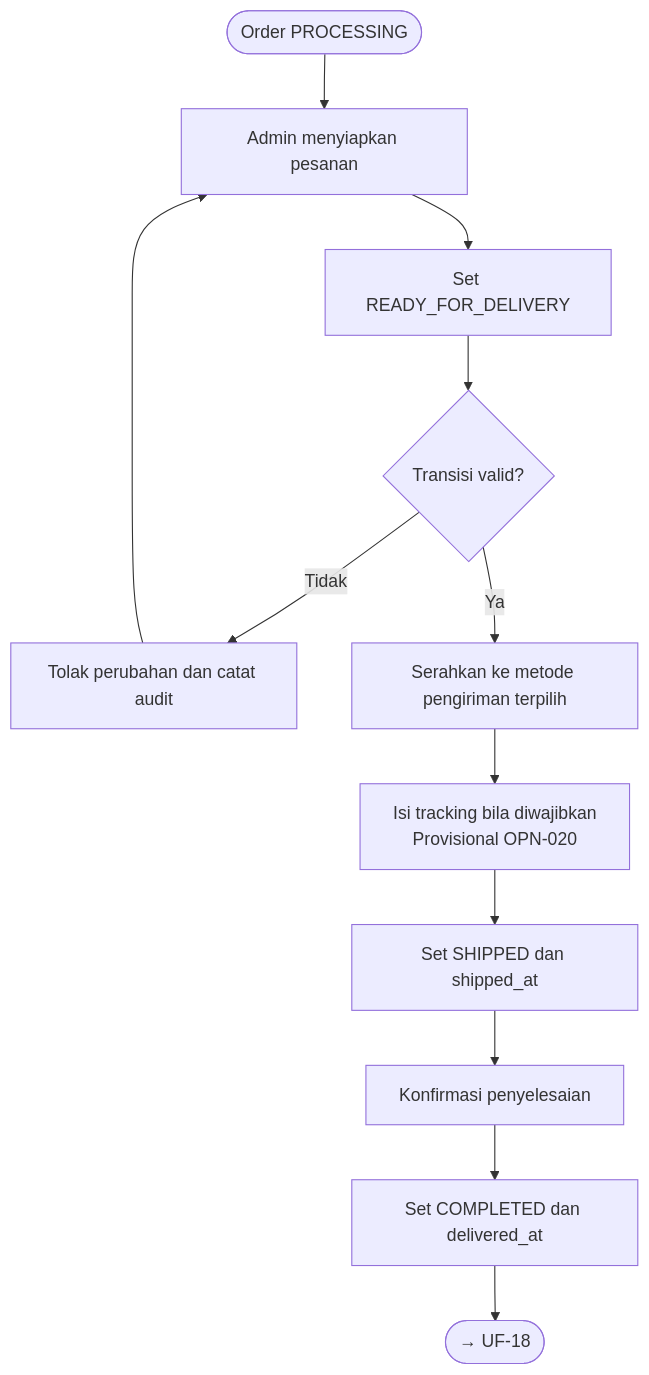
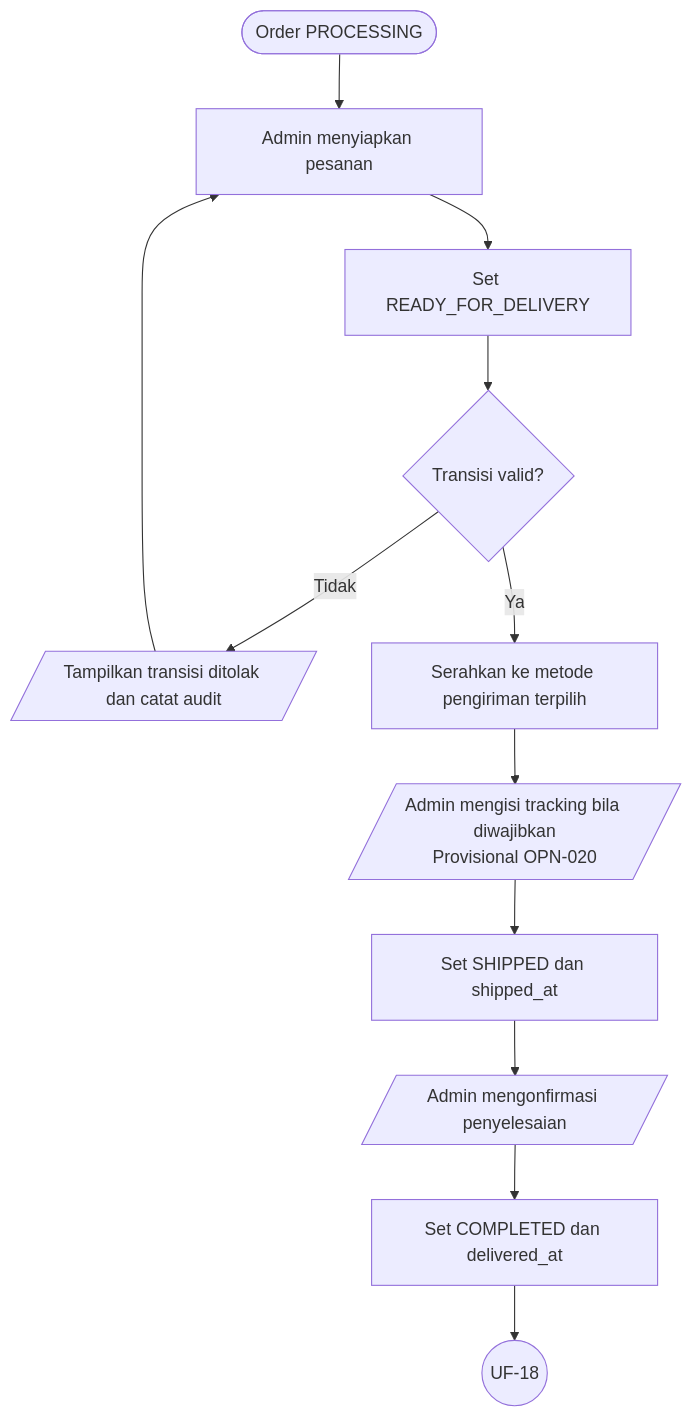
Diagram 12 of 18 in docs/design/USER_FLOWS.md (Webekspres/pixel-komunika), drawn with Mermaid before and after one commit. The commit also changed other lines of this file, not shown here.

Commit message:
docs: standardize user flow notation

````diff
--- a/docs/design/USER_FLOWS.md
+++ b/docs/design/USER_FLOWS.md
@@ -366,16 +393,16 @@
 ```mermaid
 flowchart TD
-    A([Order PROCESSING]) --> B["Admin menyiapkan pesanan"]
+    A(["Order PROCESSING"]) --> B["Admin menyiapkan pesanan"]
     B --> C["Set READY_FOR_DELIVERY"]
     C --> D{"Transisi valid?"}
-    D -->|Tidak| E["Tolak perubahan dan catat audit"]
+    D -->|Tidak| E[/"Tampilkan transisi ditolak dan catat audit"/]
     E --> B
     D -->|Ya| F["Serahkan ke metode pengiriman terpilih"]
-    F --> G["Isi tracking bila diwajibkan<br/>Provisional OPN-020"]
+    F --> G[/"Admin mengisi tracking bila diwajibkan<br/>Provisional OPN-020"/]
     G --> H["Set SHIPPED dan shipped_at"]
-    H --> I["Konfirmasi penyelesaian"]
+    H --> I[/"Admin mengonfirmasi penyelesaian"/]
     I --> J["Set COMPLETED dan delivered_at"]
-    J --> C_UF18(["→ UF-18"])
+    J --> C_UF18((UF-18))
 
     click C_UF18 "#uf-18-laporan-dan-audit"
 ```
````
